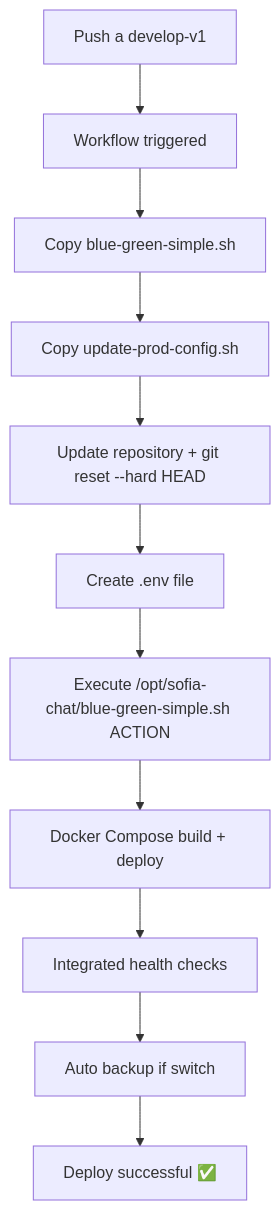
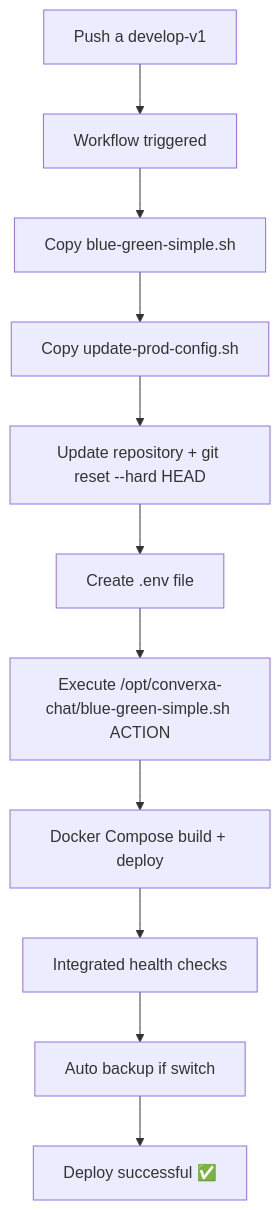
One commit to ConverxaDevTeam/chat-backend changed the diagram in docs/server-conextion.md. Above: the diagram before and after it, drawn with Mermaid. The commit also changed other lines of this file and 41 other files, not shown here.

Commit message:
Remove all sofia references: update domains, file names, and documentation to converxa branding

````diff
--- a/docs/server-conextion.md
+++ b/docs/server-conextion.md
@@ -56,13 +56,13 @@
 ```mermaid
 graph TD
     A[Push a develop-v1] --> B[Workflow triggered]
     B --> C[Copy blue-green-simple.sh]
     C --> D[Copy update-prod-config.sh]
     D --> E[Update repository + git reset --hard HEAD]
     E --> F[Create .env file]
-    F --> G[Execute /opt/sofia-chat/blue-green-simple.sh ACTION]
+    F --> G[Execute /opt/converxa-chat/blue-green-simple.sh ACTION]
     G --> H[Docker Compose build + deploy]
     H --> I[Integrated health checks]
     I --> J[Auto backup if switch]
     J --> K[Deploy successful ✅]
 ```
````
